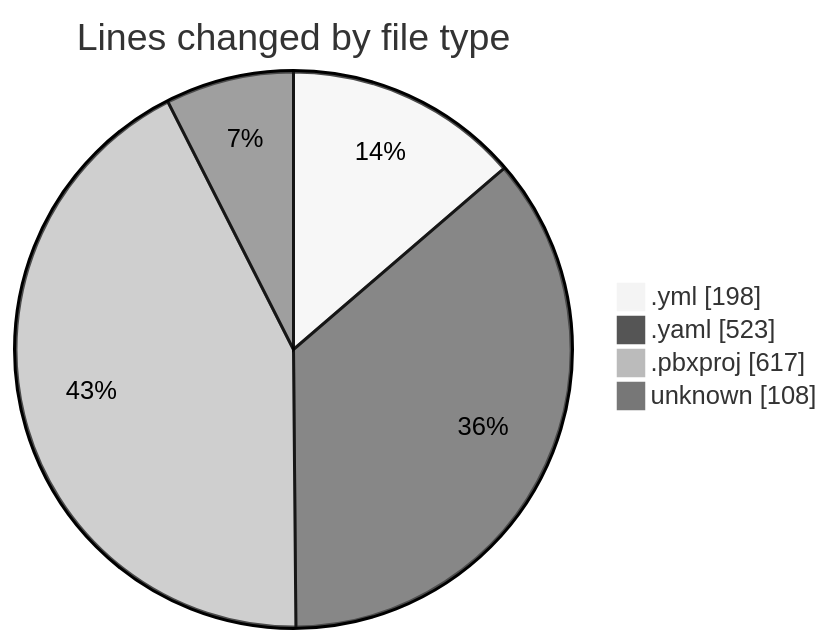
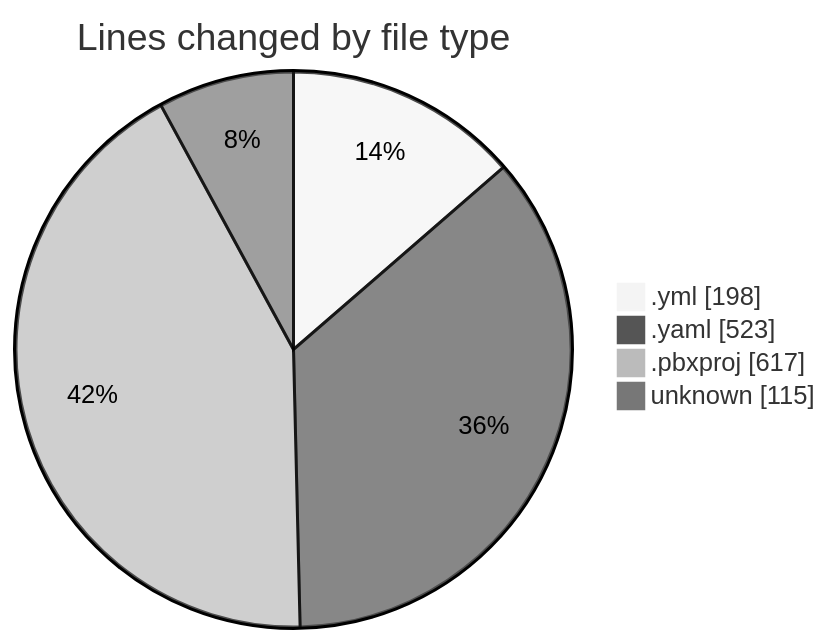
One commit to lephambinh05/code-tracking changed the first of 2 diagrams in 2025-08-08/studybuddy/README.md. Above: the diagram before and after it, drawn with Mermaid (neutral theme). The commit also changed other lines of this file and 1 other file, not shown here.

````diff
--- a/2025-08-08/studybuddy/README.md
+++ b/2025-08-08/studybuddy/README.md
@@ -25,8 +25,8 @@
 ```mermaid
 pie showData
 title Lines changed by file type
 ".yml" : 198
 ".yaml" : 523
 ".pbxproj" : 617
-"unknown" : 108
+"unknown" : 115
 ```
````
